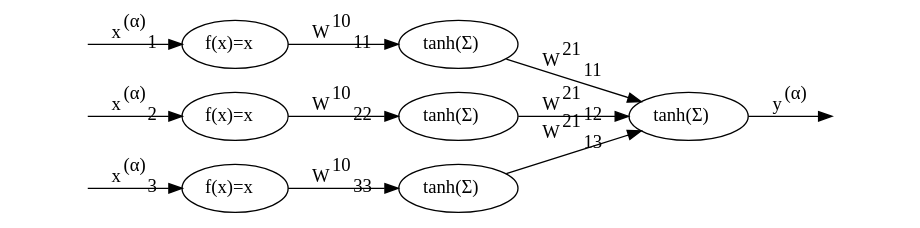
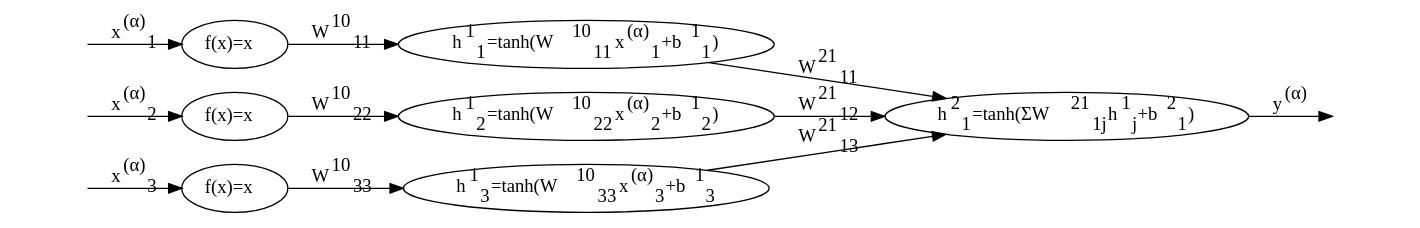
The diagram in MachineIntelligence/e3/e3-2nn3.dot (CFWLoader/supreme-bassoon), drawn with Graphviz before and after one commit.

Commit message:
Detailed diagram.

```diff
--- a/MachineIntelligence/e3/e3-2nn3.dot
+++ b/MachineIntelligence/e3/e3-2nn3.dot
@@ -1,31 +1,31 @@
 digraph{
     rankdir=<LR>
     splines=<line>
     node[color=<white>]
     input1[label=< >]
     input2[label=< >]
     input3[label=< >]
     finalout[label=< >]
     
     node[color=<black>] 
     input01[label=<f(x)=x>] 
     input02[label=<f(x)=x>] 
     input03[label=<f(x)=x>]
 
-    input11[label=<tanh(&Sigma;)>] 
-    input12[label=<tanh(&Sigma;)>] 
-    input13[label=<tanh(&Sigma;)>]
+    input11[label=<h<sup>1</sup><sub>1</sub>=tanh(W<sup>10</sup><sub>11</sub>x<sup>(&alpha;)</sup><sub>1</sub>+b<sup>1</sup><sub>1</sub>)>] 
+    input12[label=<h<sup>1</sup><sub>2</sub>=tanh(W<sup>10</sup><sub>22</sub>x<sup>(&alpha;)</sup><sub>2</sub>+b<sup>1</sup><sub>2</sub>)>] 
+    input13[label=<h<sup>1</sup><sub>3</sub>=tanh(W<sup>10</sup><sub>33</sub>x<sup>(&alpha;)</sup><sub>3</sub>+b<sup>1</sup><sub>3</sub>>]
 
-    output[label=<tanh(&Sigma;)>]
+    output[label=<h<sup>2</sup><sub>1</sub>=tanh(&Sigma;W<sup>21</sup><sub>1j</sub>h<sup>1</sup><sub>j</sub>+b<sup>2</sup><sub>1</sub>)>]
 
     input1 -> input01 [label=<x<sup>(&alpha;)</sup><sub>1</sub>>]
     input2 -> input02 [label=<x<sup>(&alpha;)</sup><sub>2</sub>>]
     input3 -> input03 [label=<x<sup>(&alpha;)</sup><sub>3</sub>>]
     input01 -> input11 [label=<W<sup>10</sup><sub>11</sub>>]
     input02 -> input12 [label=<W<sup>10</sup><sub>22</sub>>]
     input03 -> input13 [label=<W<sup>10</sup><sub>33</sub>>]
     input11 -> output [label=<W<sup>21</sup><sub>11</sub>>]
     input12 -> output [label=<W<sup>21</sup><sub>12</sub>>]
     input13 -> output [label=<W<sup>21</sup><sub>13</sub>>]
     output -> finalout [label=<y<sup>(&alpha;)</sup>>]
 }
```
